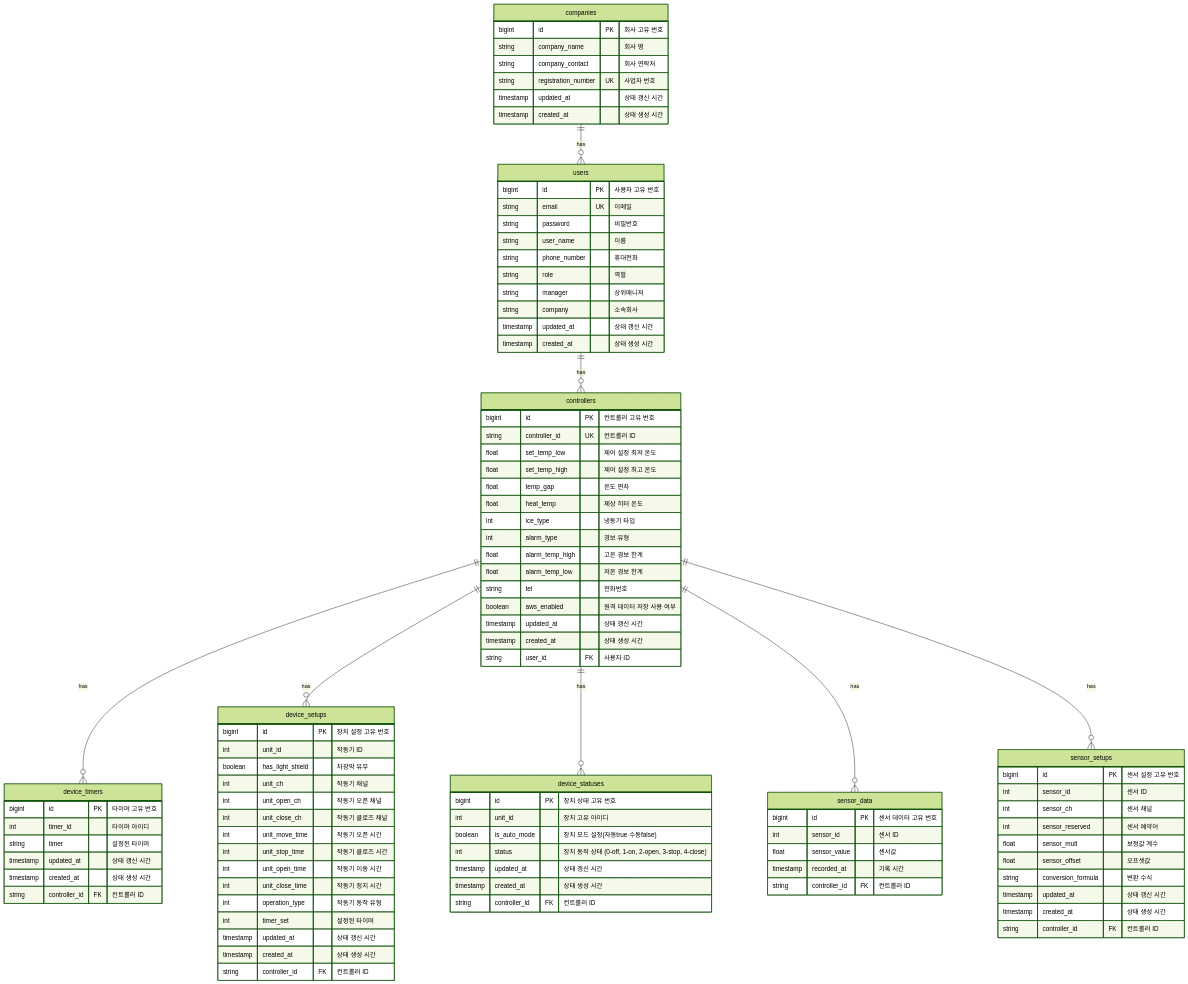
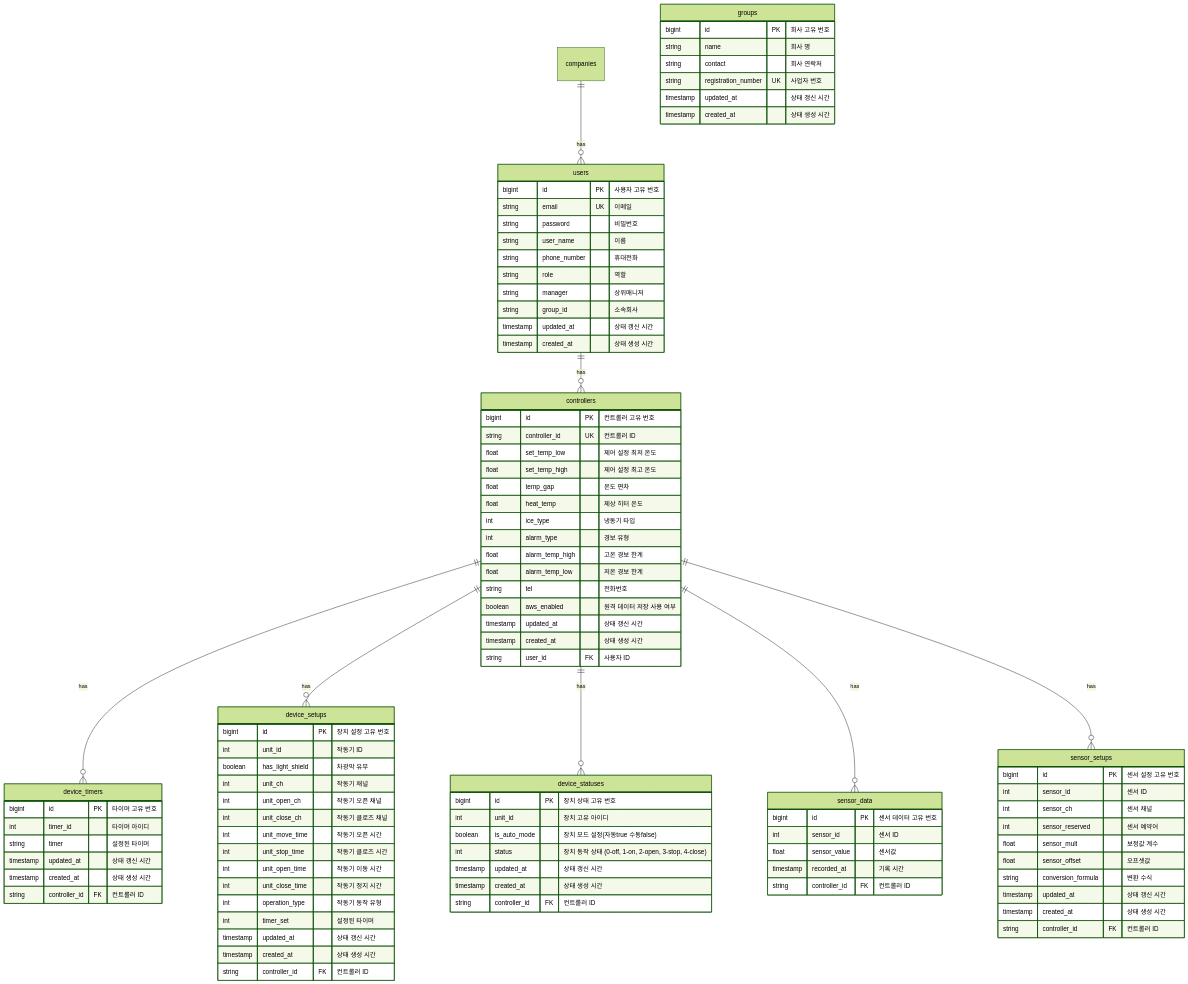
The diagram in src/main/docs/database_design.md (na03266/smart_farm_back), drawn with Mermaid (forest theme) before and after one commit. The commit also changed 20 other files, not shown here.

```diff
--- a/src/main/docs/database_design.md
+++ b/src/main/docs/database_design.md
@@ -18,15 +18,15 @@
         string phone_number "휴대전화"
         string role "역할"
         string manager "상위매니저"
-        string company "소속회사"
+        string group_id "소속회사"
         timestamp updated_at "상태 갱신 시간"
         timestamp created_at "상태 생성 시간"
     }
     
-    companies{
+    groups{
         bigint id PK "회사 고유 번호"
-        string company_name "회사 명"
-        string company_contact "회사 연락처"
+        string name "회사 명"
+        string contact "회사 연락처"
         string registration_number UK "사업자 번호"
         timestamp updated_at "상태 갱신 시간"
         timestamp created_at "상태 생성 시간"
```
